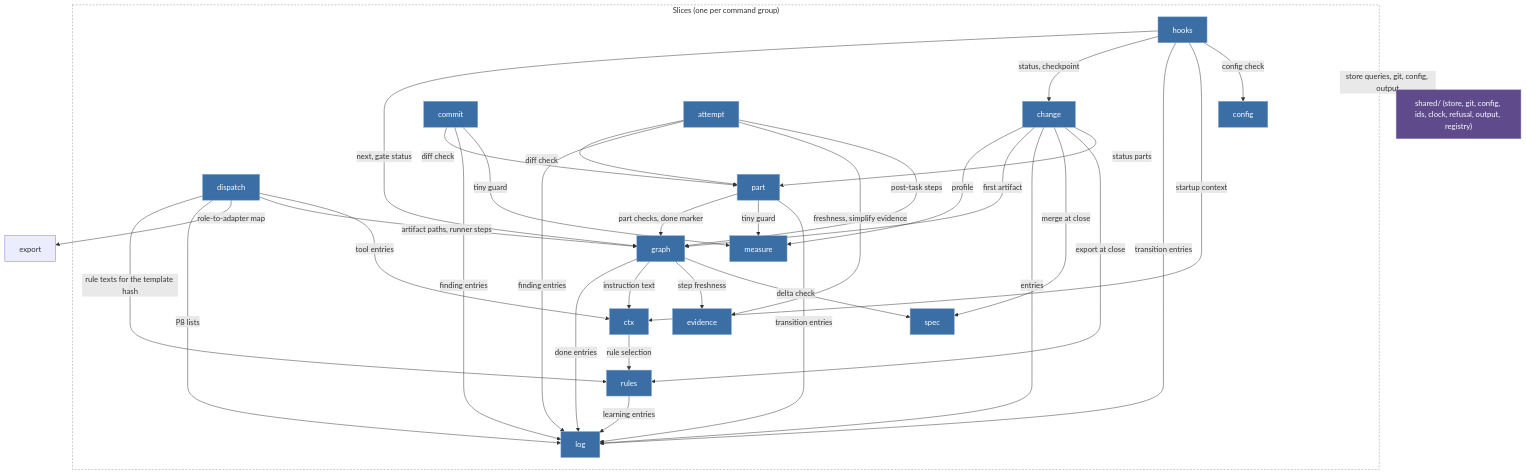
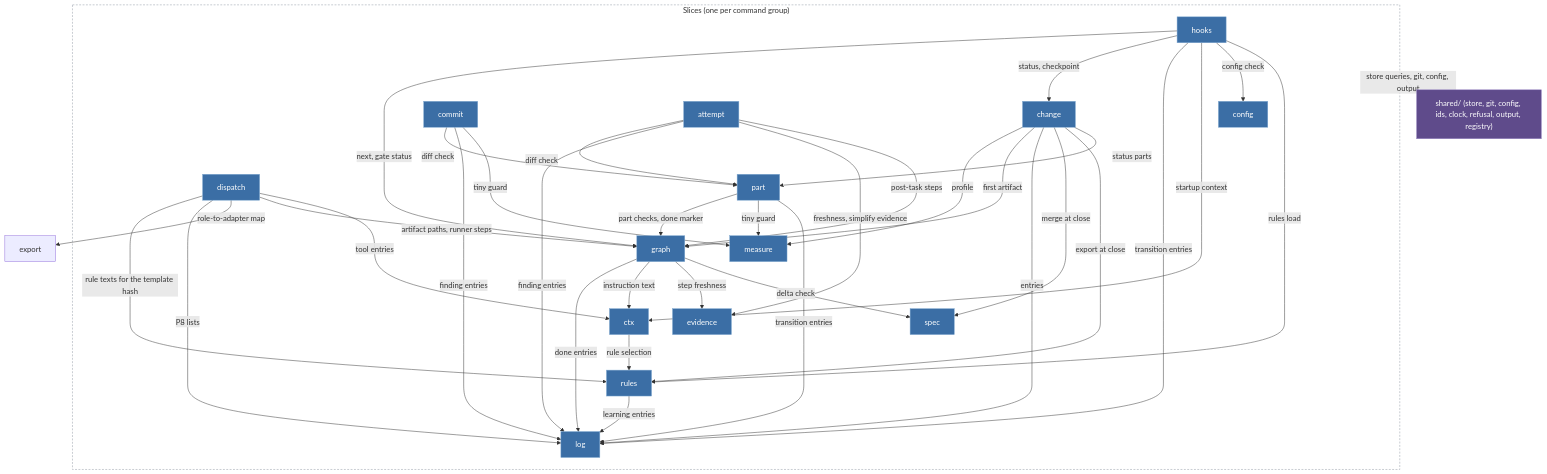
Before and after one commit to broneq/bdk: the diagram in openspec/changes/v3-t31-rules-ids-funnel/specs/kernel-architecture/spec.md, drawn with Mermaid. The commit also changed other lines of this file and 61 other files, not shown here.

First line of the commit message:
feat(kernel): no rule cap; hooks session-start warns above rules.warn-above (T31)

````diff
--- a/openspec/changes/v3-t31-rules-ids-funnel/specs/kernel-architecture/spec.md
+++ b/openspec/changes/v3-t31-rules-ids-funnel/specs/kernel-architecture/spec.md
@@ -29,60 +29,61 @@
 ```mermaid
 flowchart TB
     subgraph Slices["Slices (one per command group)"]
         hooks["hooks"]
         change["change"]
         dispatch["dispatch"]
         commit["commit"]
         attempt["attempt"]
         part["part"]
         graphSlice["graph"]
         ctx["ctx"]
         rules["rules"]
         log["log"]
         evidence["evidence"]
         spec["spec"]
         measure["measure"]
         config["config"]
     end
     shared["shared/ (store, git, config, ids, clock, refusal, output, registry)"]
 
     hooks -->|"next, gate status"| graphSlice
     hooks -->|"status, checkpoint"| change
     hooks -->|"transition entries"| log
     hooks -->|"startup context"| ctx
     hooks -->|"config check"| config
+    hooks -->|"rules load"| rules
     change -->|"profile"| measure
     change -->|"first artifact"| graphSlice
     change -->|"entries"| log
     change -->|"merge at close"| spec
     change -->|"export at close"| rules
     change -->|"status parts"| part
     graphSlice -->|"done entries"| log
     graphSlice -->|"instruction text"| ctx
     part -->|"part checks, done marker"| graphSlice
     part -->|"tiny guard"| measure
     part -->|"transition entries"| log
     attempt -->|"diff check"| part
     attempt -->|"finding entries"| log
     attempt -->|"freshness, simplify evidence"| evidence
     attempt -->|"post-task steps"| graphSlice
     graphSlice -->|"step freshness"| evidence
     graphSlice -->|"delta check"| spec
     commit -->|"diff check"| part
     commit -->|"finding entries"| log
     commit -->|"tiny guard"| measure
     dispatch -->|"rule texts for the template hash"| rules
     dispatch -->|"P8 lists"| log
     dispatch -->|"role-to-adapter map"| export
     dispatch -->|"artifact paths, runner steps"| graphSlice
     dispatch -->|"tool entries"| ctx
     ctx -->|"rule selection"| rules
     rules -->|"learning entries"| log
     Slices -->|"store queries, git, config, output"| shared
 
     classDef primary fill:#3b6ea5,stroke:#7fa8d0,color:#ffffff
     classDef store fill:#5f4b8b,stroke:#9b8bc4,color:#ffffff
     class hooks,change,dispatch,commit,attempt,part,graphSlice,ctx,rules,log,evidence,spec,measure,config primary
     class shared store
     style Slices fill:transparent,stroke:#8b93a1,stroke-dasharray:4 3
 ```
````
